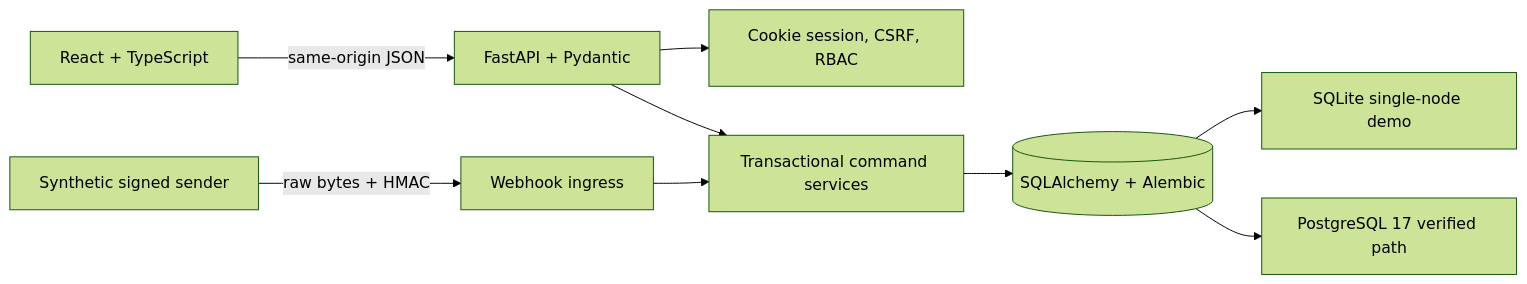
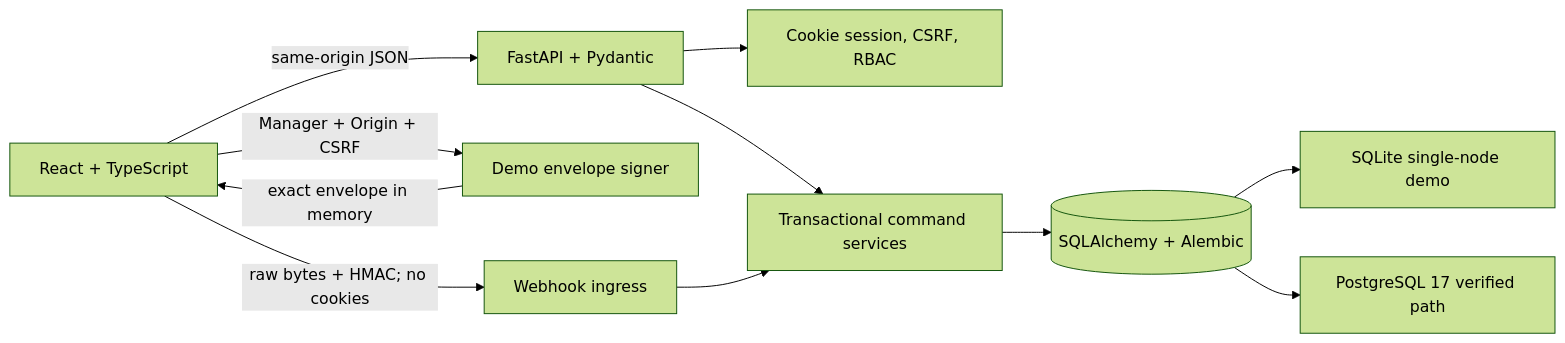
Before and after one commit to Zhang-ZhengHao/commerce-ops-desk: the diagram in README.md, drawn with Mermaid (forest theme). The commit also changed other lines of this file and 4 other files, not shown here.

````diff
--- a/README.md
+++ b/README.md
@@ -34,11 +41,13 @@
 ```mermaid
 flowchart LR
     UI[React + TypeScript] -->|same-origin JSON| API[FastAPI + Pydantic]
     API --> AUTH[Cookie session, CSRF, RBAC]
     API --> SVC[Transactional command services]
-    SENDER[Synthetic signed sender] -->|raw bytes + HMAC| WEBHOOK[Webhook ingress]
+    UI -->|Manager + Origin + CSRF| SIGNER[Demo envelope signer]
+    SIGNER -->|exact envelope in memory| UI
+    UI -->|raw bytes + HMAC; no cookies| WEBHOOK[Webhook ingress]
     WEBHOOK --> SVC
     SVC --> DB[(SQLAlchemy + Alembic)]
     DB --> SQLITE[SQLite single-node demo]
     DB --> PG[PostgreSQL 17 verified path]
 ```
````
